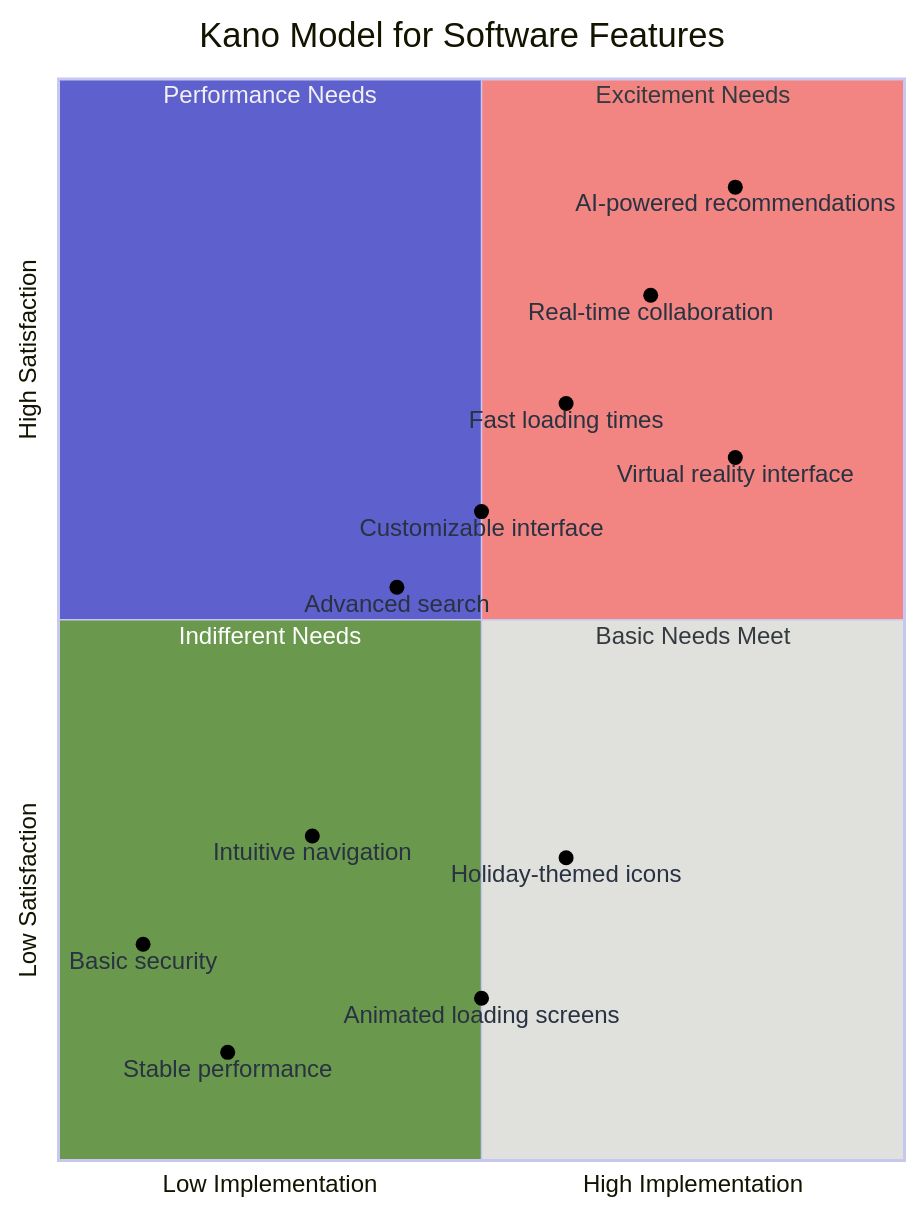
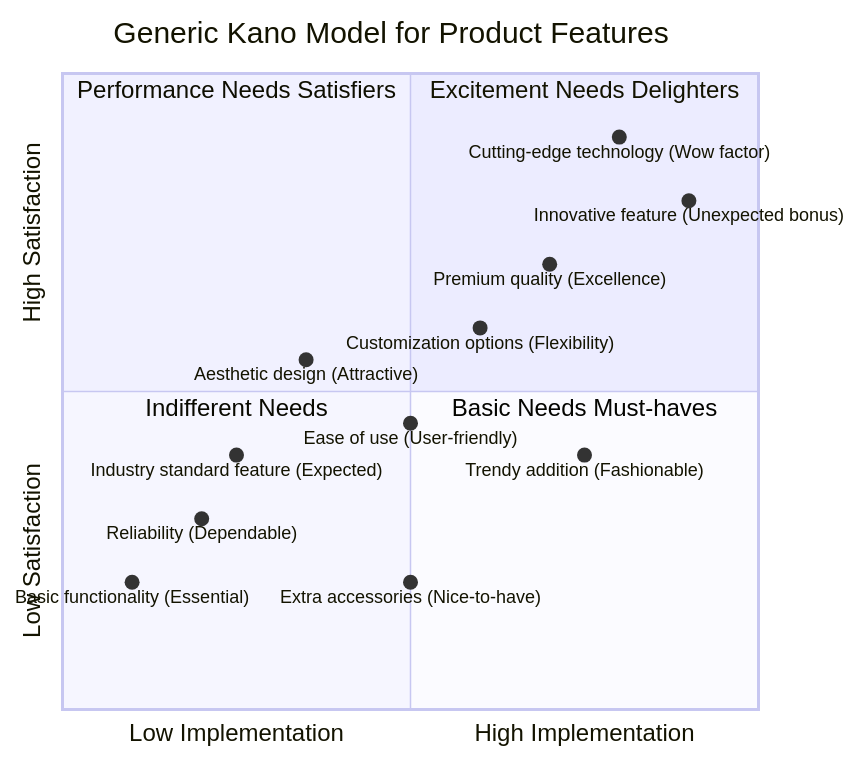
The diagram in diagrams/requirement-analysis/KanoModel.mmd (guneshpatil/sliq-tools-with-diagrams), drawn with Mermaid before and after one commit. The commit also changed other lines of this file and 3 other files, not shown here.

```diff
--- a/diagrams/requirement-analysis/KanoModel.mmd
+++ b/diagrams/requirement-analysis/KanoModel.mmd
@@ -1,40 +1,19 @@
-%%{init:
-    {"quadrantChart": {
-      "chartWidth": 600,
-      "chartHeight": 800,
-      "titleFontSize": 23,
-      "pointLabelFontSize": 16
-    },
-    "themeVariables": {
-      "quadrant1Fill": "#F28482",
-      "quadrant2Fill": "#5E60CE",
-      "quadrant3Fill": "#6A994E",
-      "quadrant4Fill": "#E0E1DD",
-      "quadrant1TextFill": "#343A40",
-      "quadrant2TextFill": "#F1F1F1",
-      "quadrant3TextFill": "#FFFFFF",
-      "quadrant4TextFill": "#343A40",
-      "quadrantPointFill": "#000",
-      "quadrantPointTextFill": "#293241"
-    }
-    }}%%
 quadrantChart
-    title Kano Model for Software Features
-    x-axis Low Implementation --> High Implementation
-    y-axis Low Satisfaction --> High Satisfaction
-    quadrant-1 Excitement Needs
-    quadrant-2 Performance Needs
-    quadrant-3 Indifferent Needs
-    quadrant-4 Basic Needs Meet
-
-    AI-powered recommendations: [0.8, 0.9]
-    Virtual reality interface: [0.8, 0.65]
-    Real-time collaboration: [0.7, 0.8]
-    Fast loading times: [0.6, 0.7]
-    Customizable interface: [0.5, 0.6]
-    Advanced search: [0.4, 0.53]
-    Stable performance: [0.2, 0.1]
-    Basic security: [0.1, 0.2]
-    Intuitive navigation: [0.3, 0.3]
-    Animated loading screens: [0.5, 0.15]
-    Holiday-themed icons: [0.6, 0.28]
+title Generic Kano Model for Product Features
+x-axis Low Implementation --> High Implementation
+y-axis Low Satisfaction --> High Satisfaction
+quadrant-1 Excitement Needs Delighters
+quadrant-2 Performance Needs Satisfiers
+quadrant-3 Indifferent Needs
+quadrant-4 Basic Needs Must-haves
+"Innovative feature (Unexpected bonus)": [0.9, 0.8]
+"Cutting-edge technology (Wow factor)": [0.8, 0.9]
+"Premium quality (Excellence)": [0.7, 0.7]
+"Customization options (Flexibility)": [0.6, 0.6]
+"Ease of use (User-friendly)": [0.5, 0.45]
+"Reliability (Dependable)": [0.2, 0.3]
+"Basic functionality (Essential)": [0.1, 0.2]
+"Industry standard feature (Expected)": [0.25, 0.4]
+"Aesthetic design (Attractive)": [0.35, 0.55]
+"Extra accessories (Nice-to-have)": [0.5, 0.2]
+"Trendy addition (Fashionable)": [0.75, 0.4]
```
